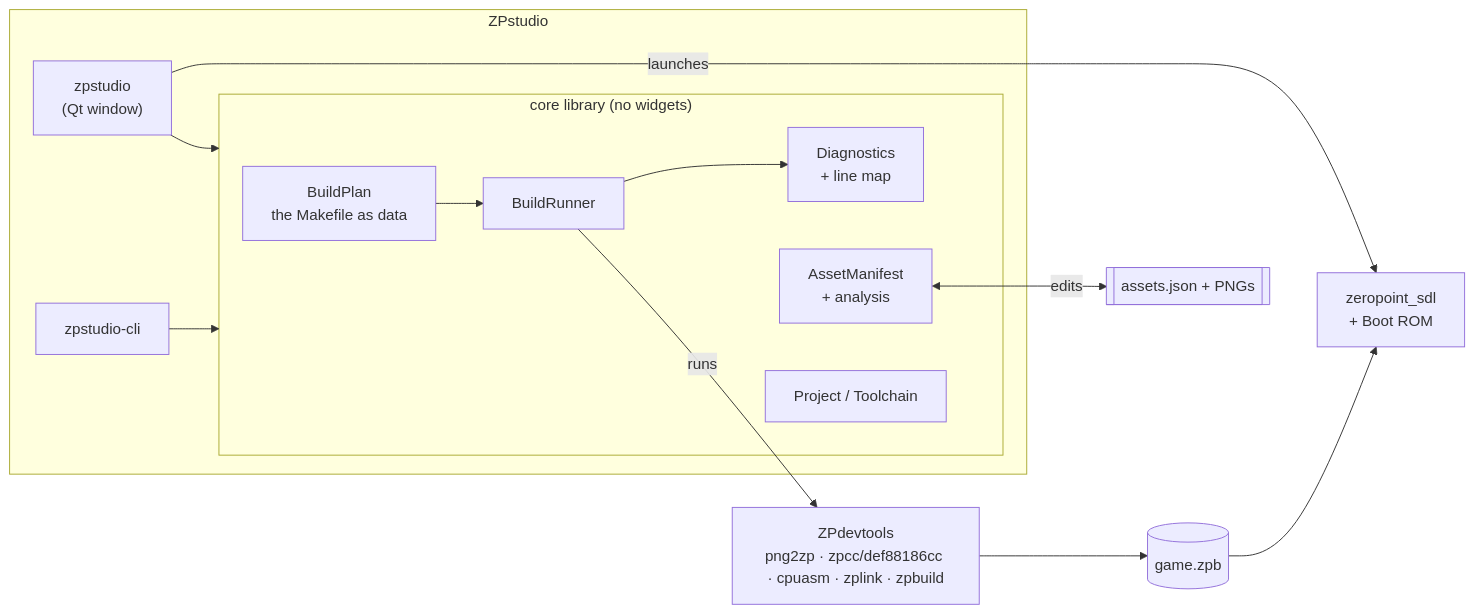
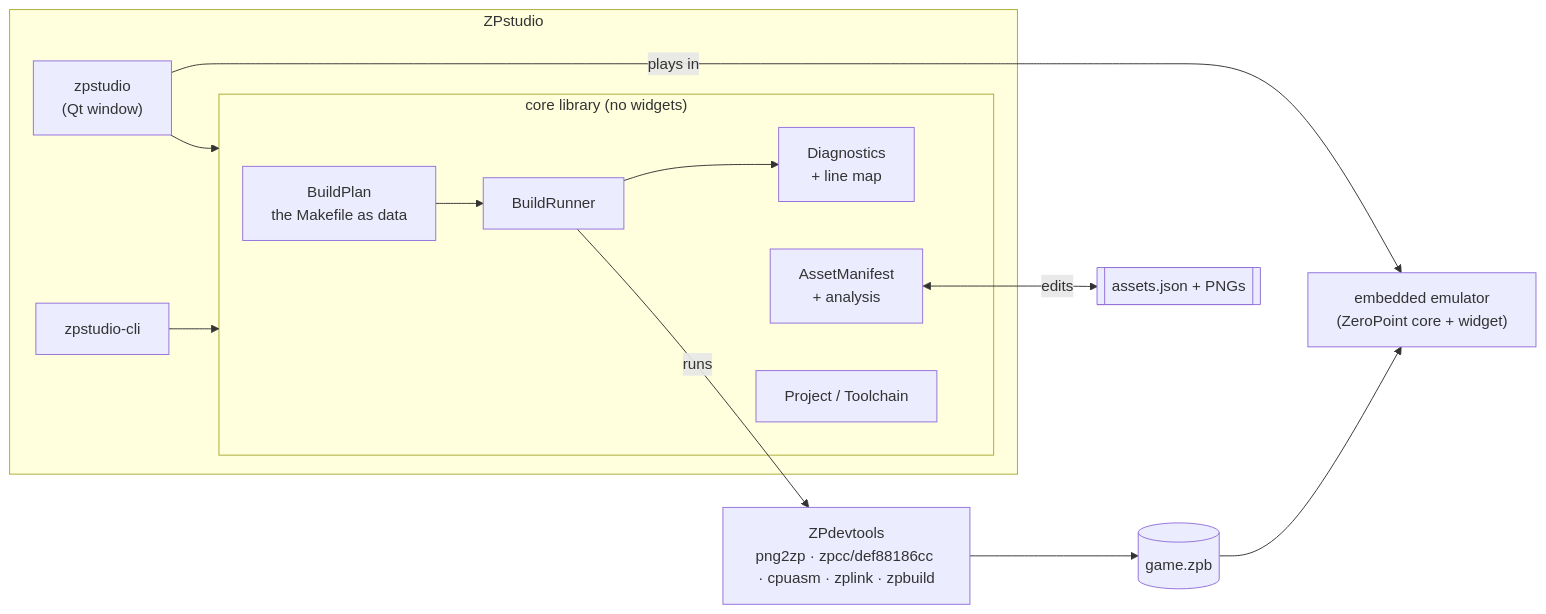
Before and after one commit to alright-alright/ZPstudio: the first of 2 diagrams in README.md, drawn with Mermaid. The commit also changed other lines of this file and 11 other files, not shown here.

````diff
--- a/README.md
+++ b/README.md
@@ -46,22 +49,22 @@
 ```mermaid
 flowchart LR
     subgraph Studio["ZPstudio"]
         GUI["zpstudio<br/>(Qt window)"]
         CLI["zpstudio-cli"]
         subgraph Core["core library (no widgets)"]
             Plan["BuildPlan<br/>the Makefile as data"]
             Runner["BuildRunner"]
             Diag["Diagnostics<br/>+ line map"]
             Assets["AssetManifest<br/>+ analysis"]
             Proj["Project / Toolchain"]
         end
         GUI --> Core
         CLI --> Core
         Plan --> Runner --> Diag
     end
     Runner -->|runs| Tools["ZPdevtools<br/>png2zp · zpcc/def88186cc · cpuasm · zplink · zpbuild"]
     Tools --> ROM[("game.zpb")]
-    GUI -->|launches| Emu["zeropoint_sdl<br/>+ Boot ROM"]
+    GUI -->|plays in| Emu["embedded emulator<br/>(ZeroPoint core + widget)"]
     ROM --> Emu
     Assets <-->|edits| JSON[["assets.json + PNGs"]]
 ```
````
